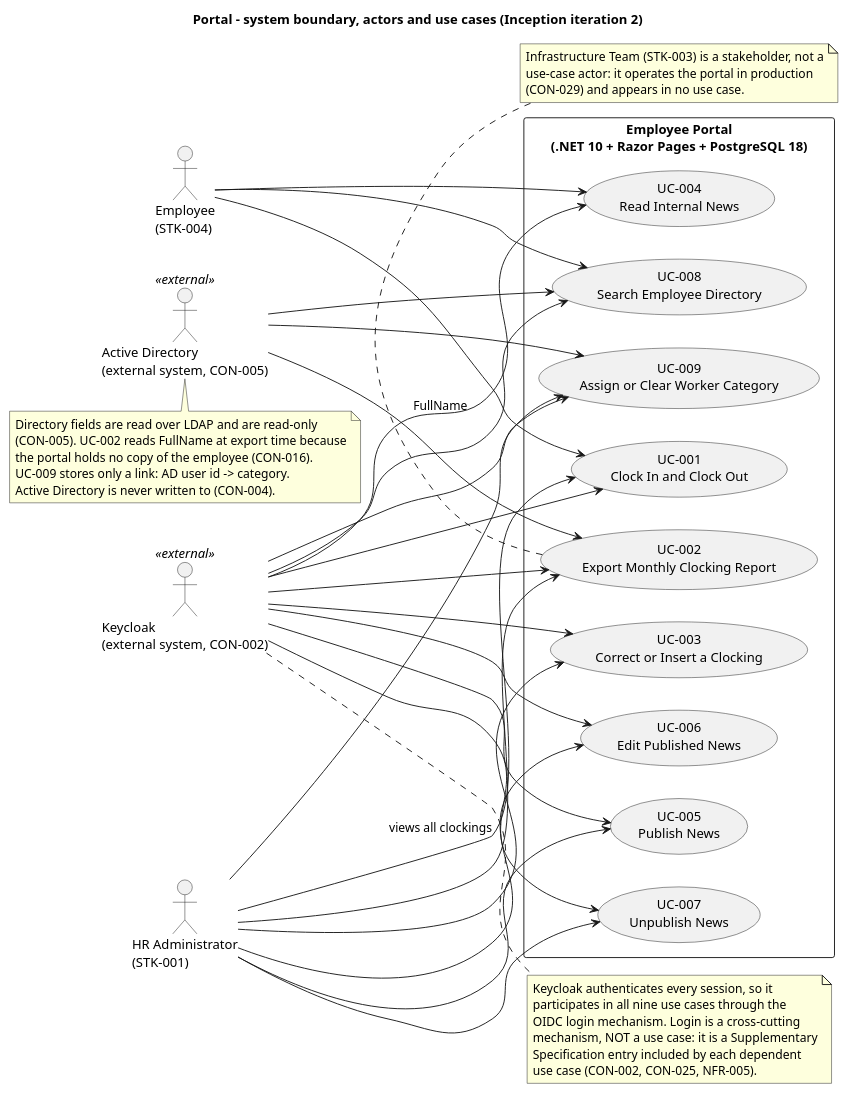
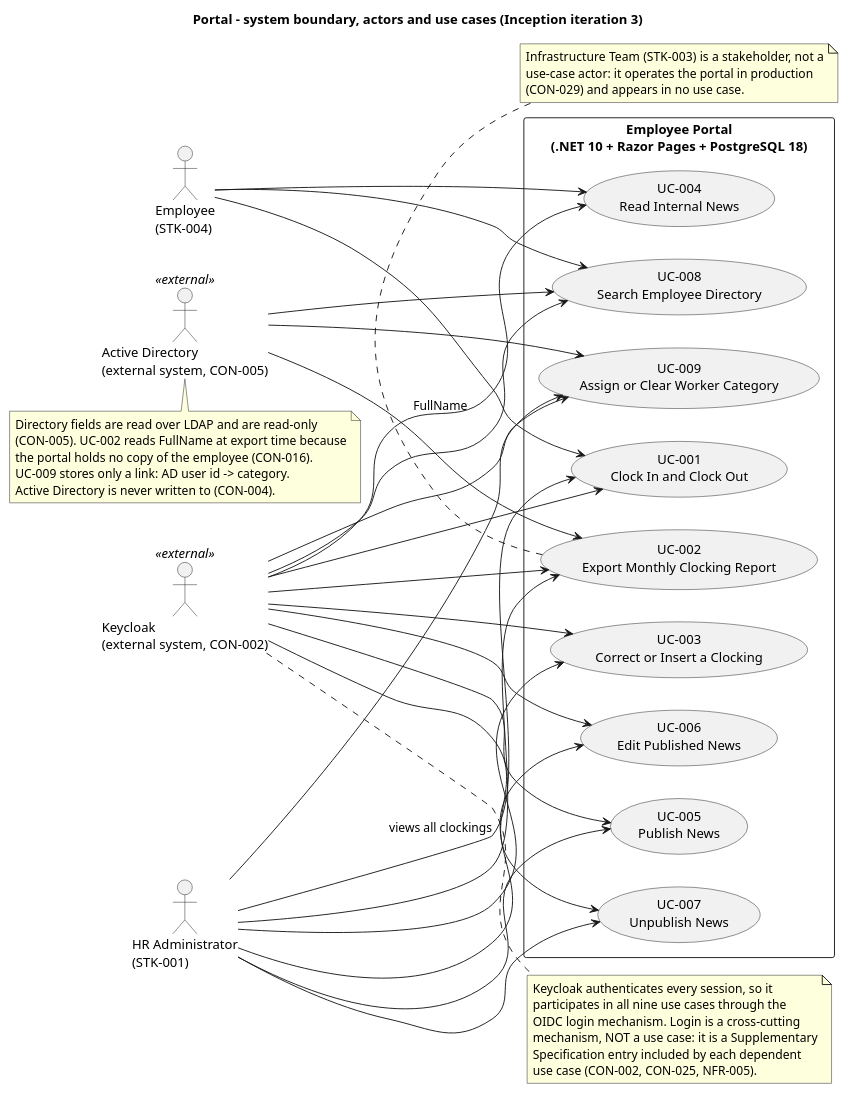
One commit to banense-test/portal changed the first of 4 diagrams in docs/artifacts/requirements/use-case-model.md. Above: the diagram before and after it, drawn with PlantUML.

Commit message:
System Analyst [I3]: upsert Use-Case Model
[skip ci]

````diff
--- a/docs/artifacts/requirements/use-case-model.md
+++ b/docs/artifacts/requirements/use-case-model.md
@@ -8,70 +8,70 @@
 ```plantuml
 @startuml Portal_UC_Model
-title Portal - system boundary, actors and use cases (Inception iteration 2)
+title Portal - system boundary, actors and use cases (Inception iteration 3)
 left to right direction
 skinparam packageStyle rectangle
 
 actor "Employee\n(STK-004)" as EMP
 actor "HR Administrator\n(STK-001)" as HR
 actor "Keycloak\n(external system, CON-002)" as KC <<external>>
 actor "Active Directory\n(external system, CON-005)" as AD <<external>>
 
 rectangle "Employee Portal\n(.NET 10 + Razor Pages + PostgreSQL 18)" {
   usecase "UC-001\nClock In and Clock Out" as UC001
   usecase "UC-002\nExport Monthly Clocking Report" as UC002
   usecase "UC-003\nCorrect or Insert a Clocking" as UC003
   usecase "UC-004\nRead Internal News" as UC004
   usecase "UC-005\nPublish News" as UC005
   usecase "UC-006\nEdit Published News" as UC006
   usecase "UC-007\nUnpublish News" as UC007
   usecase "UC-008\nSearch Employee Directory" as UC008
   usecase "UC-009\nAssign or Clear Worker Category" as UC009
 }
 
 EMP --> UC001
 EMP --> UC004
 EMP --> UC008
 HR --> UC001 : views all clockings
 HR --> UC002
 HR --> UC003
 HR --> UC005
 HR --> UC006
 HR --> UC007
 HR --> UC009
 KC --> UC001
 KC --> UC002
 KC --> UC003
 KC --> UC004
 KC --> UC005
 KC --> UC006
 KC --> UC007
 KC --> UC008
 KC --> UC009
 AD --> UC002 : FullName
 AD --> UC008
 AD --> UC009
 
 note right of KC
   Keycloak authenticates every session, so it
   participates in all nine use cases through the
   OIDC login mechanism. Login is a cross-cutting
   mechanism, NOT a use case: it is a Supplementary
   Specification entry included by each dependent
   use case (CON-002, CON-025, NFR-005).
 end note
 
 note bottom of AD
   Directory fields are read over LDAP and are read-only
   (CON-005). UC-002 reads FullName at export time because
   the portal holds no copy of the employee (CON-016).
   UC-009 stores only a link: AD user id -> category.
   Active Directory is never written to (CON-004).
 end note
 
 note bottom of UC002
   Infrastructure Team (STK-003) is a stakeholder, not a
   use-case actor: it operates the portal in production
   (CON-029) and appears in no use case.
 end note
 @enduml
 ```
````
